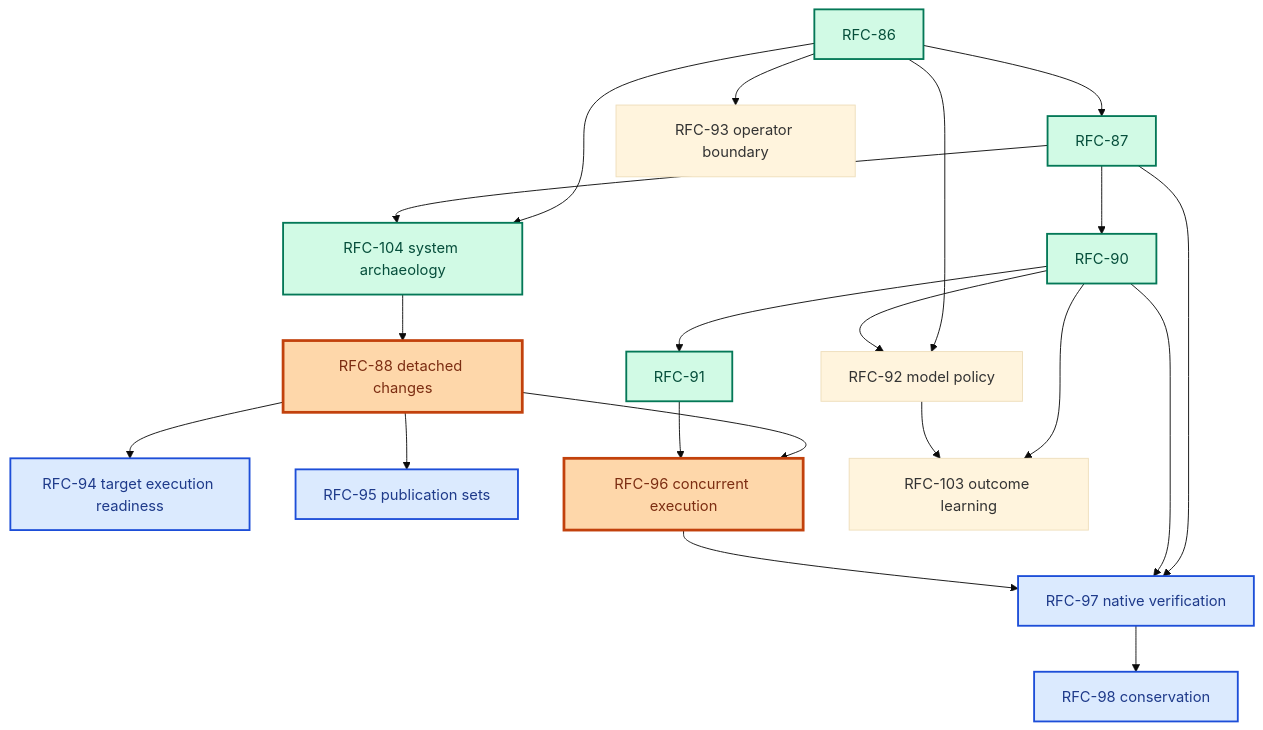
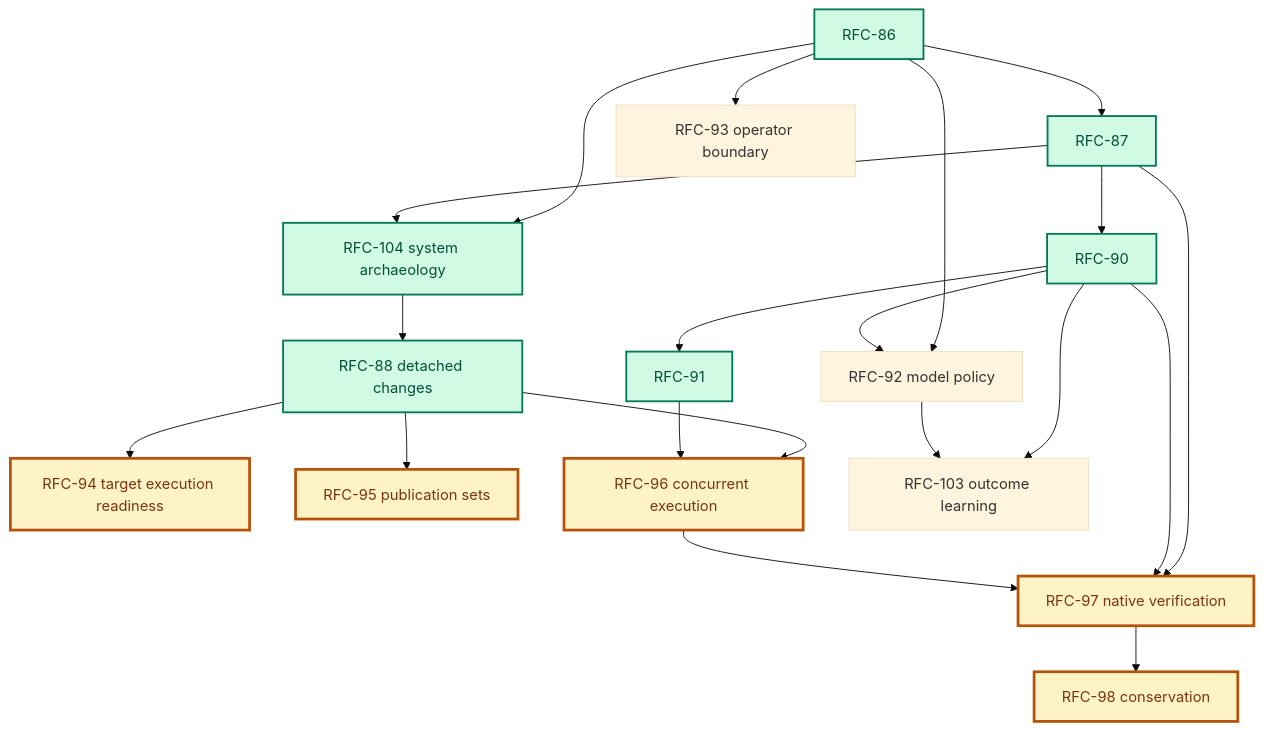
Before and after one commit to augentic/anvil: the diagram in rfcs/platform.md, drawn with Mermaid (base theme). The commit also changed other lines of this file and 354 other files, not shown here.

````diff
--- a/rfcs/platform.md
+++ b/rfcs/platform.md
@@ -23,29 +41,27 @@
 ```mermaid
 flowchart TD
     R86[RFC-86] --> R87[RFC-87]
     R86 --> R104[RFC-104 system archaeology]
     R86 --> R92[RFC-92 model policy]
     R86 --> R93[RFC-93 operator boundary]
     R87 --> R104
     R104 --> R88[RFC-88 detached changes]
     R87 --> R90[RFC-90]
     R90 --> R91[RFC-91]
     R90 --> R92
     R87 --> R97[RFC-97 native verification]
     R90 --> R97
     R88 --> R94[RFC-94 target execution readiness]
     R88 --> R95[RFC-95 publication sets]
     R88 --> R96[RFC-96 concurrent execution]
     R91 --> R96
     R96 --> R97
     R97 --> R98[RFC-98 conservation]
     R90 --> R103[RFC-103 outcome learning]
     R92 --> R103
 
     classDef done fill:#d1fae5,stroke:#047857,color:#064e3b,stroke-width:2px
-    classDef nearterm fill:#fed7aa,stroke:#c2410c,color:#7c2d12,stroke-width:3px
-    classDef later fill:#dbeafe,stroke:#1d4ed8,color:#1e3a8a,stroke-width:2px
-    class R86,R87,R90,R91,R104 done
-    class R88,R96 nearterm
-    class R94,R95,R97,R98 later
+    classDef critical fill:#fef3c7,stroke:#b45309,color:#78350f,stroke-width:3px
+    class R86,R87,R88,R90,R91,R104 done
+    class R94,R95,R96,R97,R98 critical
 ```
````
